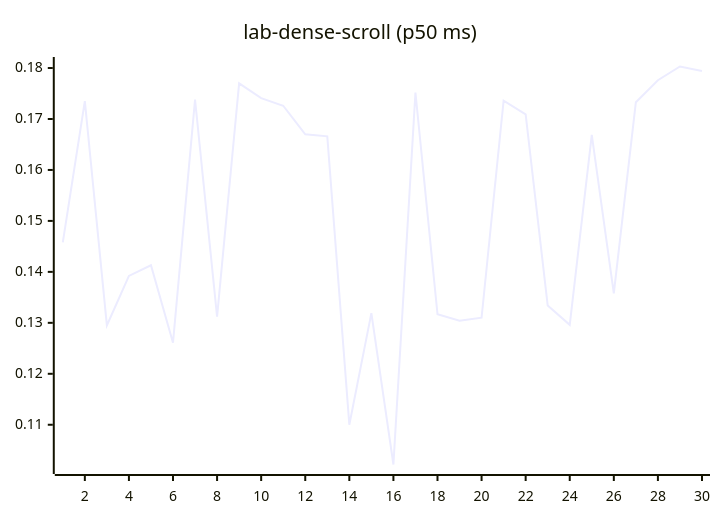
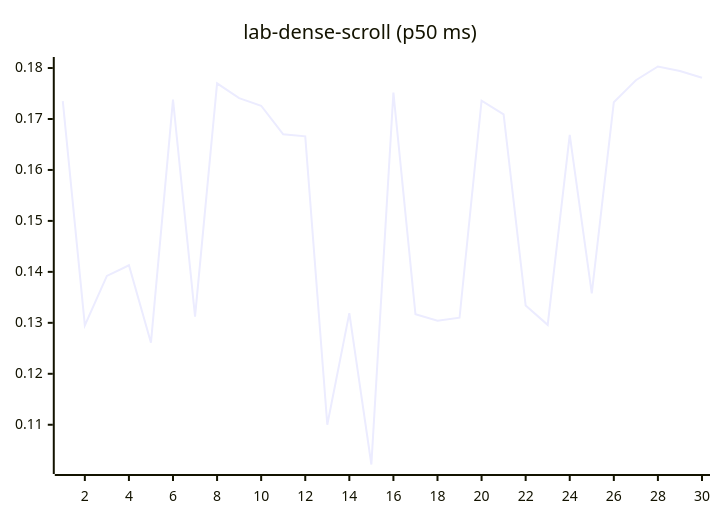
Before and after one commit to josha/Facet: diagram 12 of 27 in README.md, drawn with Mermaid. The commit also changed other lines of this file and 2 other files, not shown here.

````diff
--- a/README.md
+++ b/README.md
@@ -140,6 +140,6 @@
 ```mermaid
 xychart-beta
     title "lab-dense-scroll (p50 ms)"
     x-axis 1 --> 30
-    line [0.1458, 0.1735, 0.1295, 0.1392, 0.1413, 0.1261, 0.1738, 0.1312, 0.1770, 0.1741, 0.1726, 0.1670, 0.1666, 0.1100, 0.1319, 0.1022, 0.1752, 0.1317, 0.1304, 0.1310, 0.1736, 0.1709, 0.1334, 0.1296, 0.1669, 0.1358, 0.1733, 0.1776, 0.1803, 0.1794]
+    line [0.1735, 0.1295, 0.1392, 0.1413, 0.1261, 0.1738, 0.1312, 0.1770, 0.1741, 0.1726, 0.1670, 0.1666, 0.1100, 0.1319, 0.1022, 0.1752, 0.1317, 0.1304, 0.1310, 0.1736, 0.1709, 0.1334, 0.1296, 0.1669, 0.1358, 0.1733, 0.1776, 0.1803, 0.1794, 0.1781]
 ```
````
